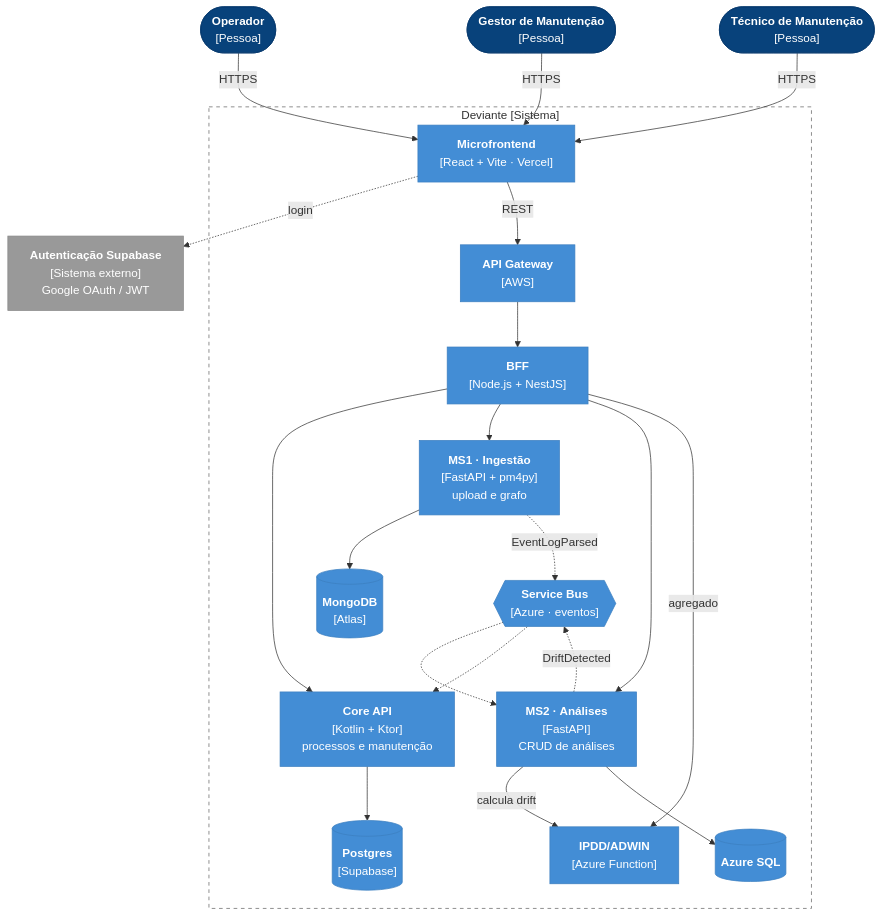
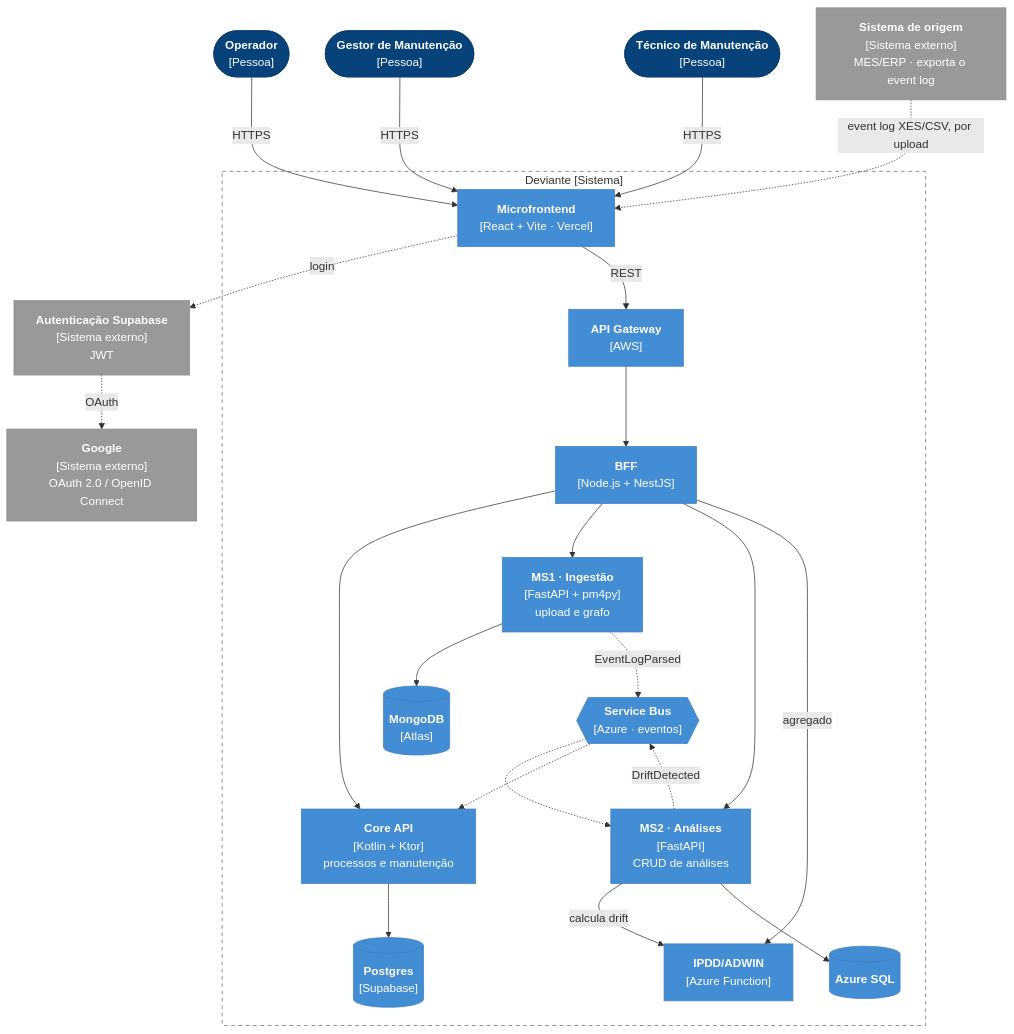
The second of 13 diagrams in architecture/arc42.md (aland3r/deviante-docs), drawn with Mermaid before and after one commit. The commit also changed other lines of this file, not shown here.

````diff
--- a/architecture/arc42.md
+++ b/architecture/arc42.md
@@ -261,43 +261,47 @@
 ```mermaid
 flowchart TB
     operador(["<b>Operador</b><br/>[Pessoa]"])
     gestor(["<b>Gestor de Manutenção</b><br/>[Pessoa]"])
     tecnico(["<b>Técnico de Manutenção</b><br/>[Pessoa]"])
-    auth["<b>Autenticação Supabase</b><br/>[Sistema externo]<br/>Google OAuth / JWT"]
+    mes["<b>Sistema de origem</b><br/>[Sistema externo]<br/>MES/ERP · exporta o event log"]
+    auth["<b>Autenticação Supabase</b><br/>[Sistema externo]<br/>JWT"]
+    google["<b>Google</b><br/>[Sistema externo]<br/>OAuth 2.0 / OpenID Connect"]
 
     subgraph dv["Deviante [Sistema]"]
         web["<b>Microfrontend</b><br/>[React + Vite · Vercel]"]
         gw["<b>API Gateway</b><br/>[AWS]"]
         bff["<b>BFF</b><br/>[Node.js + NestJS]"]
         core["<b>Core API</b><br/>[Kotlin + Ktor]<br/>processos e manutenção"]
         ms1["<b>MS1 · Ingestão</b><br/>[FastAPI + pm4py]<br/>upload e grafo"]
         ms2["<b>MS2 · Análises</b><br/>[FastAPI]<br/>CRUD de análises"]
         fn["<b>IPDD/ADWIN</b><br/>[Azure Function]"]
         bus{{"<b>Service Bus</b><br/>[Azure · eventos]"}}
         dbCore[("<b>Postgres</b><br/>[Supabase]")]
         dbMs1[("<b>MongoDB</b><br/>[Atlas]")]
         dbMs2[("<b>Azure SQL</b>")]
     end
 
     operador & gestor & tecnico -->|HTTPS| web
+    mes -.->|event log XES/CSV, por upload| web
     web -.->|login| auth
+    auth -.->|OAuth| google
     web -->|REST| gw --> bff
     bff --> core & ms1 & ms2
     bff -->|agregado| fn
     ms2 -->|calcula drift| fn
     core --> dbCore
     ms1 --> dbMs1
     ms2 --> dbMs2
     ms1 -.->|EventLogParsed| bus
     bus -.-> ms2
     ms2 -.->|DriftDetected| bus
     bus -.-> core
 
     classDef person fill:#08427B,stroke:#073B6F,color:#fff
     classDef container fill:#438DD5,stroke:#3C7FC0,color:#fff
     classDef external fill:#999999,stroke:#8A8A8A,color:#fff
     class operador,gestor,tecnico person
     class web,gw,bff,core,ms1,ms2,fn,bus,dbCore,dbMs1,dbMs2 container
-    class auth external
+    class mes,auth,google external
     style dv fill:none,stroke:#666,stroke-dasharray:5 5
 ```
````
